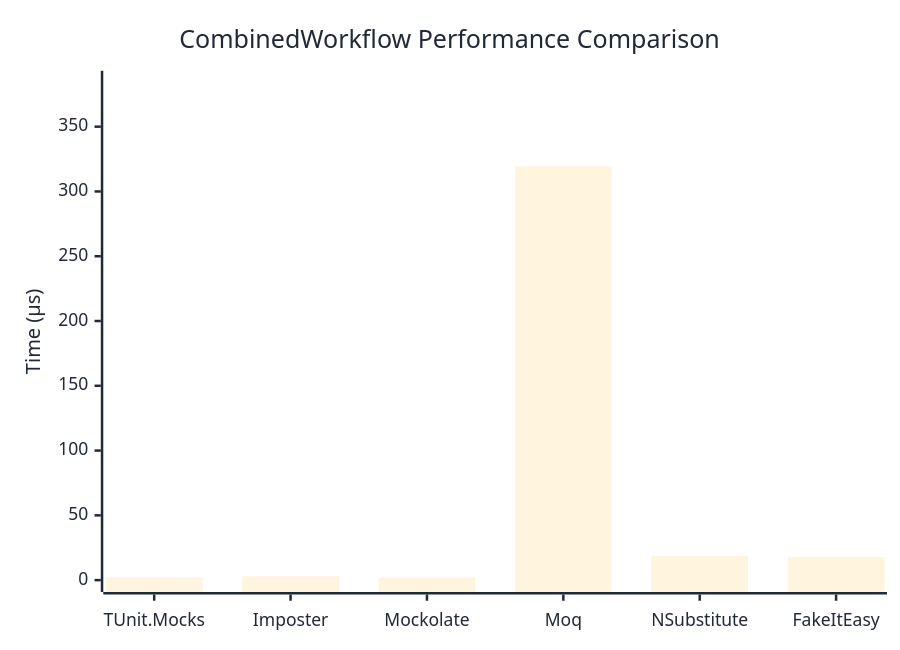
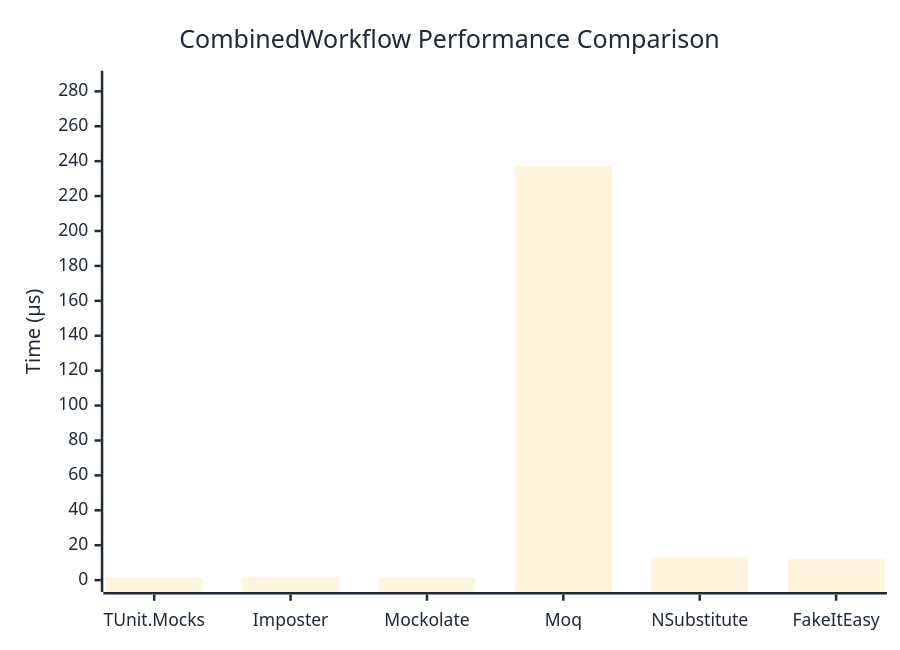
Before and after one commit to thomhurst/TUnit: the diagram in docs/docs/benchmarks/mocks/CombinedWorkflow.md, drawn with Mermaid. The commit also changed other lines of this file and 14 other files, not shown here.

````diff
--- a/docs/docs/benchmarks/mocks/CombinedWorkflow.md
+++ b/docs/docs/benchmarks/mocks/CombinedWorkflow.md
@@ -30,27 +30,27 @@
 ```mermaid
 %%{init: {
   'theme':'base',
   'themeVariables': {
     'primaryColor': '#2563eb',
     'primaryTextColor': '#1f2937',
     'primaryBorderColor': '#1e40af',
     'lineColor': '#6b7280',
     'secondaryColor': '#7c3aed',
     'tertiaryColor': '#dc2626',
     'background': '#ffffff',
     'pie1': '#2563eb',
     'pie2': '#7c3aed',
     'pie3': '#dc2626',
     'pie4': '#f59e0b',
     'pie5': '#10b981',
     'pie6': '#06b6d4',
     'pie7': '#ec4899',
     'pie8': '#6366f1'
   }
 }}%%
 xychart-beta
   title "CombinedWorkflow Performance Comparison"
   x-axis ["TUnit.Mocks", "Imposter", "Mockolate", "Moq", "NSubstitute", "FakeItEasy"]
-  y-axis "Time (μs)" 0 --> 384
-  bar [2.089, 2.931, 1.758, 319.354, 18.805, 17.885]
+  y-axis "Time (μs)" 0 --> 285
+  bar [1.496, 1.959, 1.223, 237.14, 13.304, 12.043]
 ```
````
